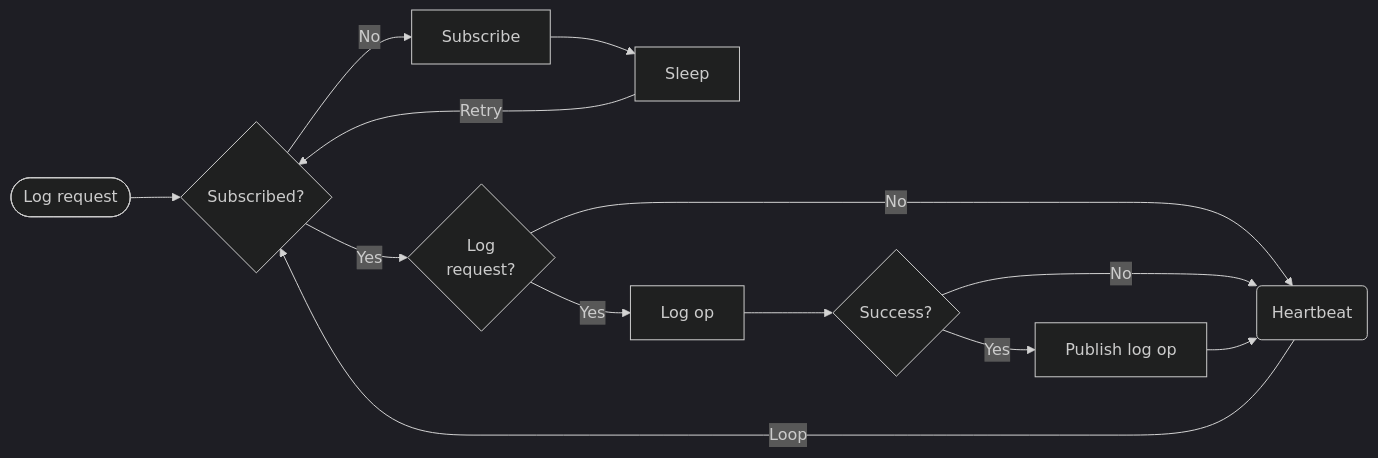
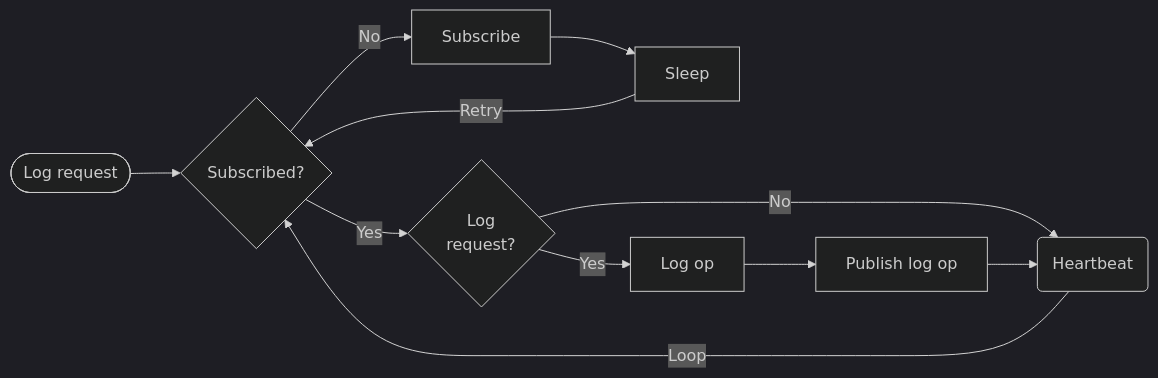
The third of 6 diagrams in doc/workflows.md (ckuhtz/ham), drawn with Mermaid (dark theme) before and after one commit. The commit also changed other lines of this file, not shown here.

Commit message:
simplified log and call request

````diff
--- a/doc/workflows.md
+++ b/doc/workflows.md
@@ -120,17 +121,15 @@
 ```mermaid
 flowchart LR;
     LogOp([Log request]);
     Request0{Log<br>request?};
     LogOp --> Subscribed0{Subscribed?};
     Subscribed0 -->|Yes| Request0;
     Subscribed0 -->|No| Subscribed1[Subscribe];
     Subscribed1 --> Sleep0[Sleep];
     Sleep0 -->|Retry| Subscribed0;
     Request0 -->|Yes| LogOp0[Log op];
     Request0 -->|No| Heartbeat0(Heartbeat);
-    LogOp0 --> LogOp1{Success?};
-    LogOp1 -->|No| Heartbeat0;
-    LogOp1 -->|Yes| Publish0[Publish log op];
+    LogOp0 --> Publish0[Publish log op];
     Publish0 --> Heartbeat0;
     Heartbeat0 -->|Loop| Subscribed0;
 ```
````
